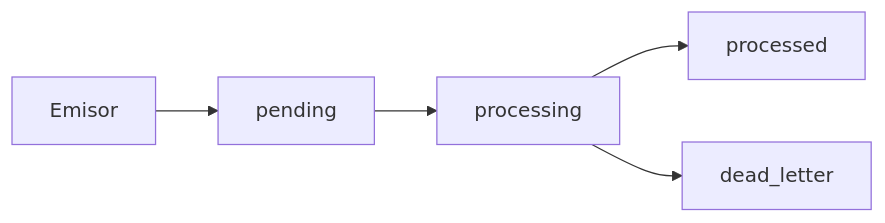
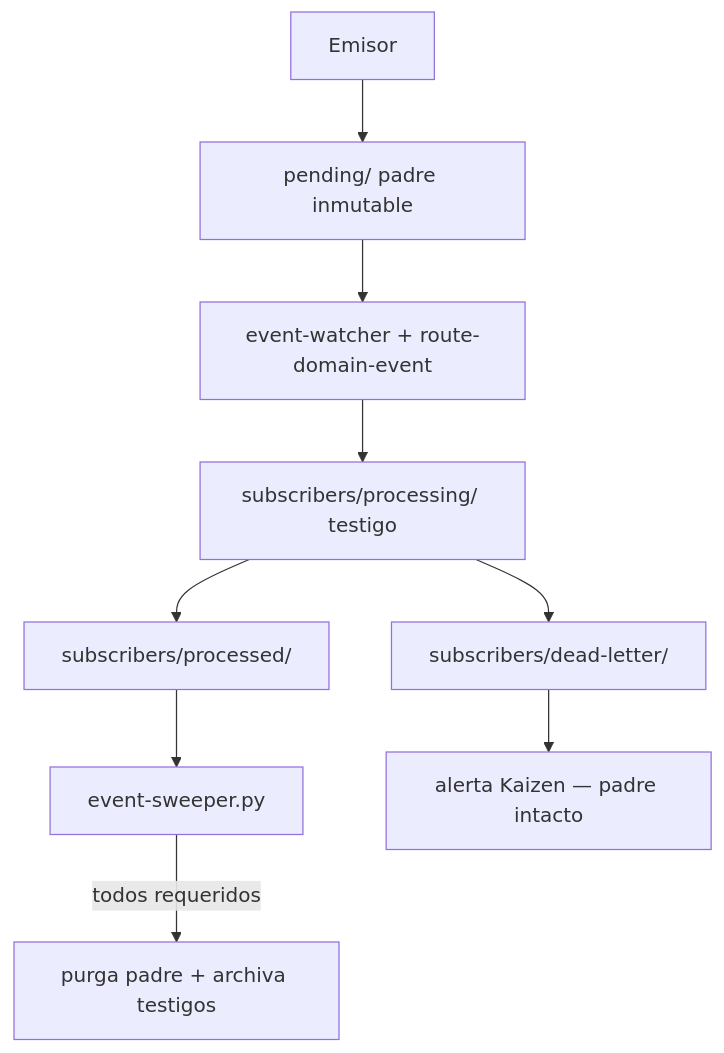
Before and after one commit to racso80es/SddIA: the diagram in SddIA/events/events-contract.md, drawn with Mermaid. The commit also changed other lines of this file and 27 other files, not shown here.

First line of the commit message:
feat(eda): Ola C V3 coreografia asincrona — bus .events/ y event-sweeper

````diff
--- a/SddIA/events/events-contract.md
+++ b/SddIA/events/events-contract.md
@@ -77,7 +76,11 @@
 ```mermaid
-flowchart LR
-  EM[Emisor] --> P[pending]
-  P --> X[processing]
-  X --> OK[processed]
-  X --> DL[dead_letter]
+flowchart TB
+  EM[Emisor] --> P["pending/ padre inmutable"]
+  P --> W[event-watcher + route-domain-event]
+  W --> SP["subscribers/processing/ testigo"]
+  SP --> OK["subscribers/processed/"]
+  SP --> DL["subscribers/dead-letter/"]
+  OK --> SW[event-sweeper.py]
+  SW -->|todos requeridos| PURGE[purga padre + archiva testigos]
+  DL --> KZ[alerta Kaizen — padre intacto]
 ```
````
